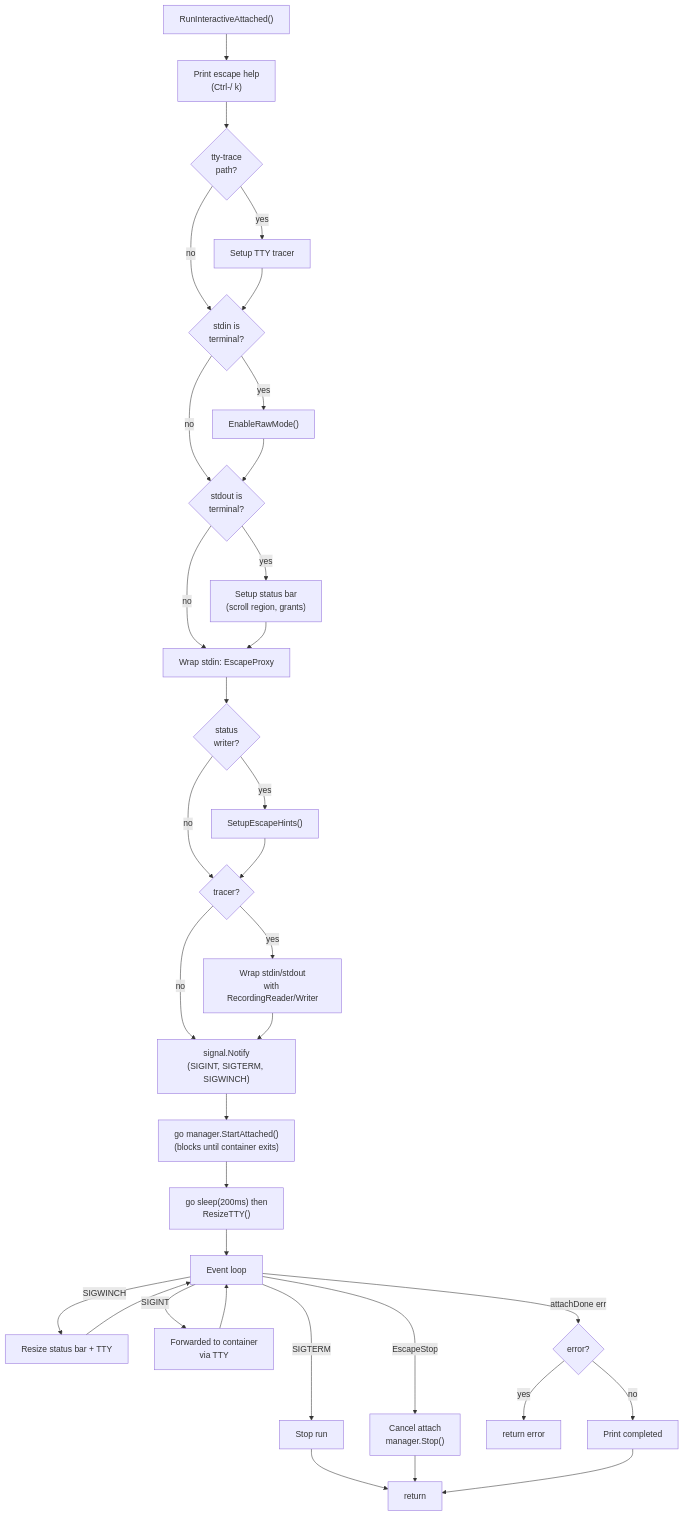
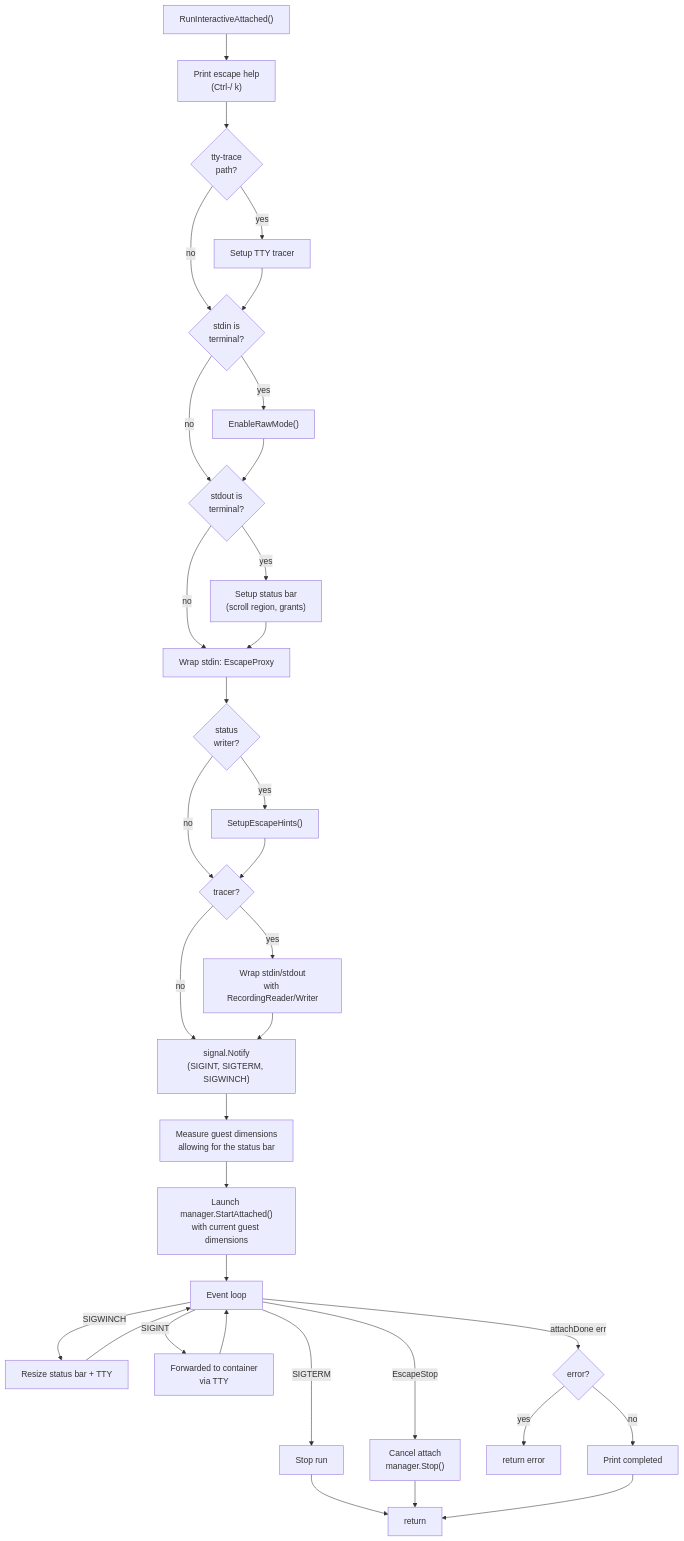
One commit to majorcontext/moat changed the fifth of 7 diagrams in docs/runtime-flow.md. Above: the diagram before and after it, drawn with Mermaid. The commit also changed 13 other files, not shown here.

First line of the commit message:
refactor(run): allocate the foreground guest TTY explicitly

````diff
--- a/docs/runtime-flow.md
+++ b/docs/runtime-flow.md
@@ -195,54 +195,53 @@
 ```mermaid
 flowchart TD
     R["RunInteractiveAttached()"]
     R --> HELP["Print escape help<br/>(Ctrl-/ k)"]
     HELP --> TRACE{"tty-trace<br/>path?"}
     TRACE -->|yes| TT["Setup TTY tracer"]
     TRACE -->|no| RAW
     TT --> RAW
 
     RAW{"stdin is<br/>terminal?"}
     RAW -->|yes| RAWM["EnableRawMode()"]
     RAW -->|no| SB
     RAWM --> SB
 
     SB{"stdout is<br/>terminal?"}
     SB -->|yes| SBS["Setup status bar<br/>(scroll region, grants)"]
     SB -->|no| WRAP
     SBS --> WRAP
 
     WRAP["Wrap stdin: EscapeProxy"]
     WRAP --> EHINTS{"status<br/>writer?"}
     EHINTS -->|yes| EH["SetupEscapeHints()"]
     EHINTS -->|no| TWRAP
     EH --> TWRAP
 
     TWRAP{"tracer?"}
     TWRAP -->|yes| TW["Wrap stdin/stdout<br/>with RecordingReader/Writer"]
     TWRAP -->|no| SIG
     TW --> SIG
 
     SIG["signal.Notify<br/>(SIGINT, SIGTERM, SIGWINCH)"]
 
-    SIG --> SA["go manager.StartAttached()<br/>(blocks until container exits)"]
-    SA --> RESIZE["go sleep(200ms) then<br/>ResizeTTY()"]
-
-    RESIZE --> LOOP["Event loop"]
+    SIG --> SIZE["Measure guest dimensions<br/>allowing for the status bar"]
+    SIZE --> SA["Launch manager.StartAttached()<br/>with current guest dimensions"]
+    SA --> LOOP["Event loop"]
 
     LOOP --> |SIGWINCH| WINCH["Resize status bar + TTY"]
     WINCH --> LOOP
 
     LOOP --> |SIGTERM| TERM["Stop run"]
     TERM --> EXIT["return"]
 
     LOOP --> |SIGINT| FWDI["Forwarded to container<br/>via TTY"]
     FWDI --> LOOP
 
     LOOP --> |EscapeStop| STOP["Cancel attach<br/>manager.Stop()"]
     STOP --> EXIT
 
     LOOP --> |attachDone err| ERR{"error?"}
     ERR -->|yes| ERRET["return error"]
     ERR -->|no| COMP["Print completed"]
     COMP --> EXIT
 ```
````
